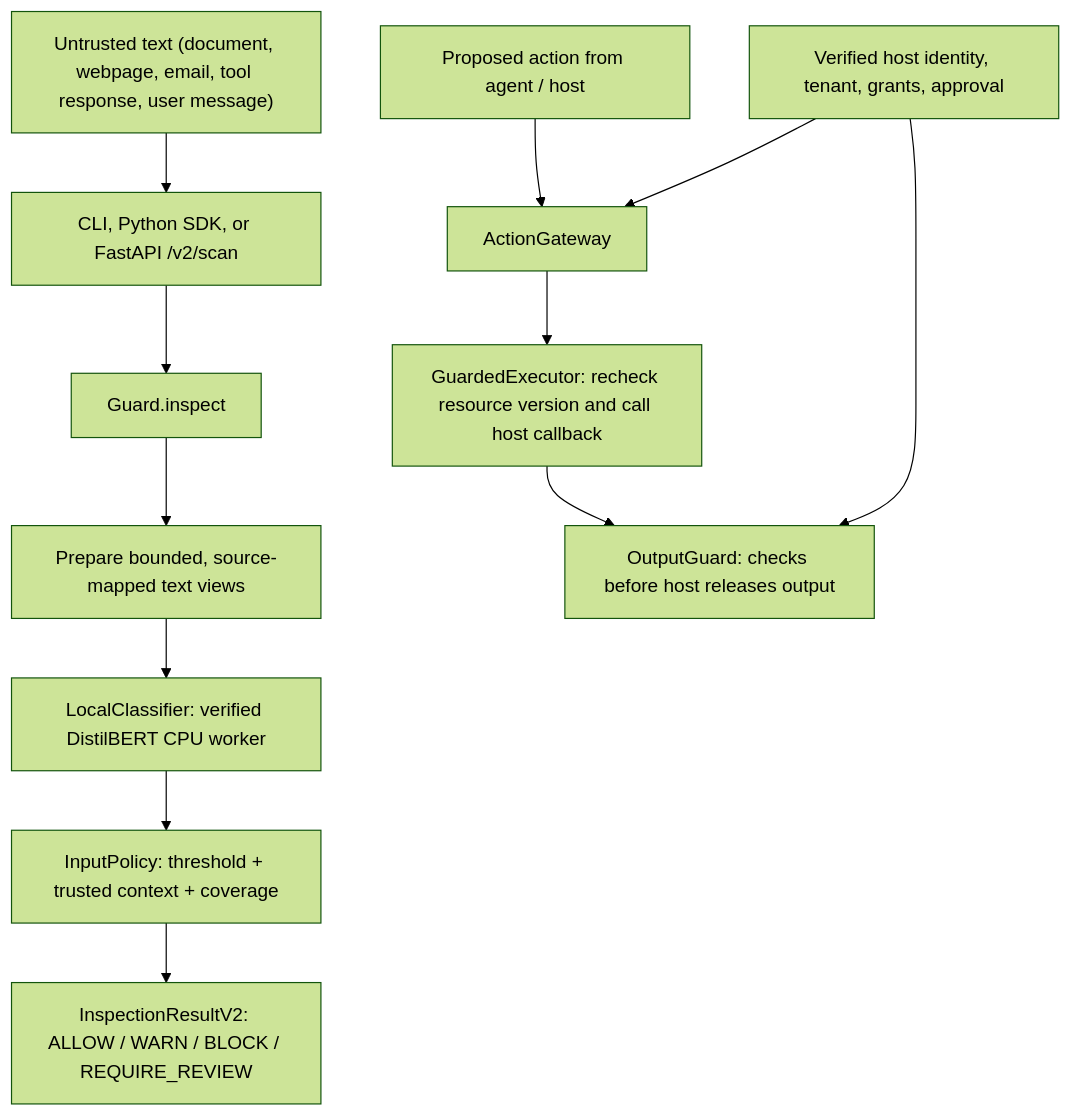
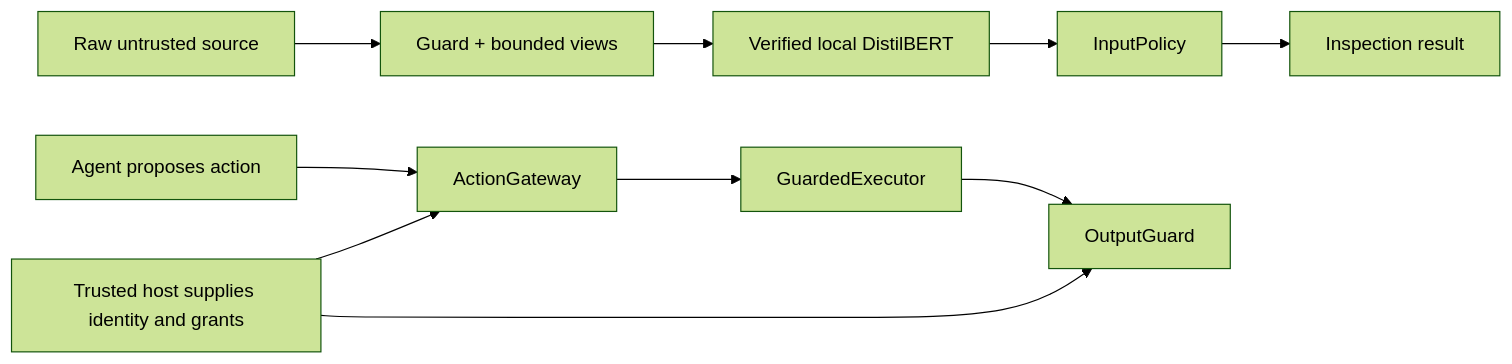
Before and after one commit to namelessweakl1ng/kjnlae: the diagram in CODEBASE.md, drawn with Mermaid (forest theme). The commit also changed other lines of this file, not shown here.

Commit message:
docs: start exhaustive v0.2 codebase reference, concepts and scan internals

````diff
--- a/CODEBASE.md
+++ b/CODEBASE.md
@@ -11,14 +133,12 @@
 ```mermaid
-flowchart TD
-  U["Untrusted text (document, webpage, email, tool response, user message)"] --> API["CLI, Python SDK, or FastAPI /v2/scan"]
-  API --> G["Guard.inspect"]
-  G --> P["Prepare bounded, source-mapped text views"]
-  P --> M["LocalClassifier: verified DistilBERT CPU worker"]
-  M --> IP["InputPolicy: threshold + trusted context + coverage"]
-  IP --> R["InspectionResultV2: ALLOW / WARN / BLOCK / REQUIRE_REVIEW"]
-  A["Proposed action from agent / host"] --> AG["ActionGateway"]
-  T["Verified host identity, tenant, grants, approval"] --> AG
-  AG --> EX["GuardedExecutor: recheck resource version and call host callback"]
-  EX --> OG["OutputGuard: checks before host releases output"]
-  T --> OG
+flowchart LR
+  A["Raw untrusted source"] --> B["Guard + bounded views"]
+  B --> C["Verified local DistilBERT"]
+  C --> D["InputPolicy"]
+  D --> E["Inspection result"]
+  F["Agent proposes action"] --> G["ActionGateway"]
+  H["Trusted host supplies identity and grants"] --> G
+  G --> I["GuardedExecutor"]
+  I --> J["OutputGuard"]
+  H --> J
 ```
````
